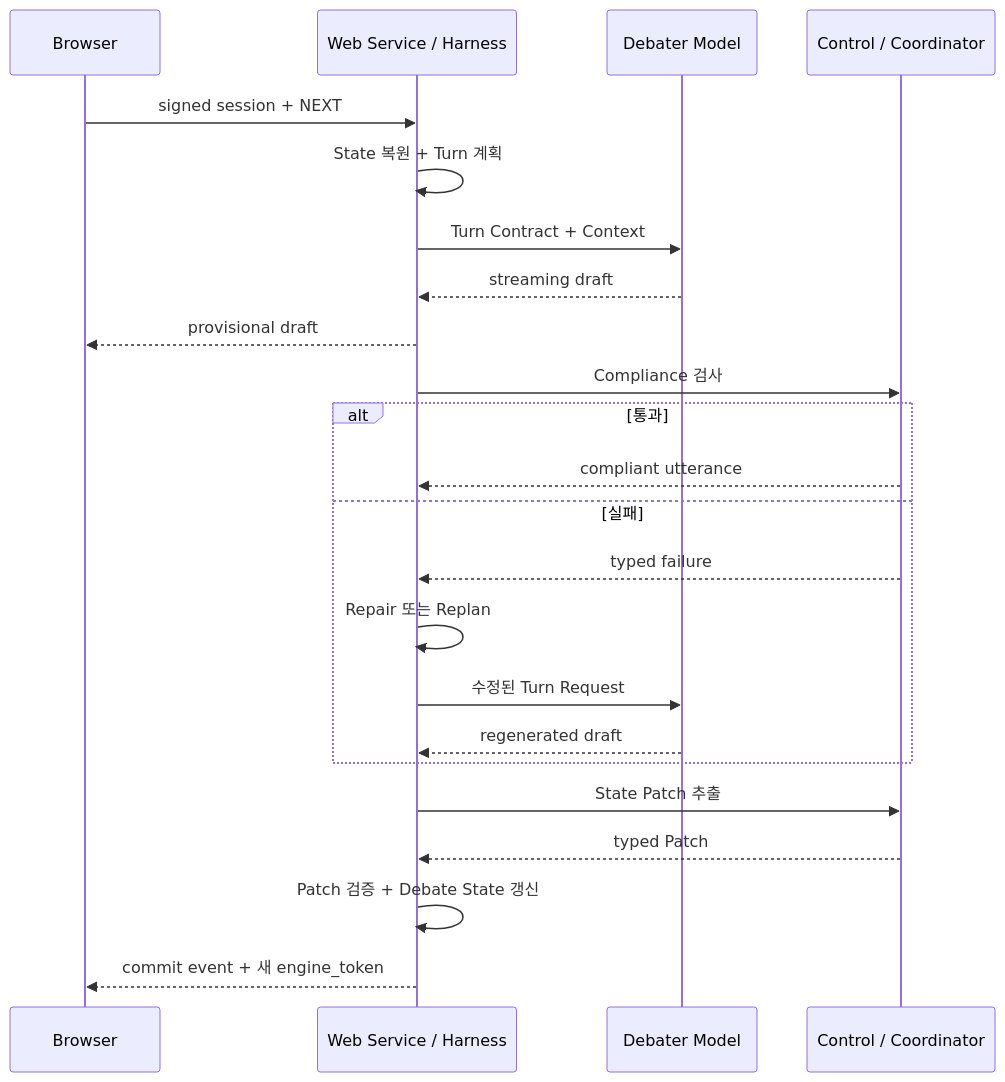
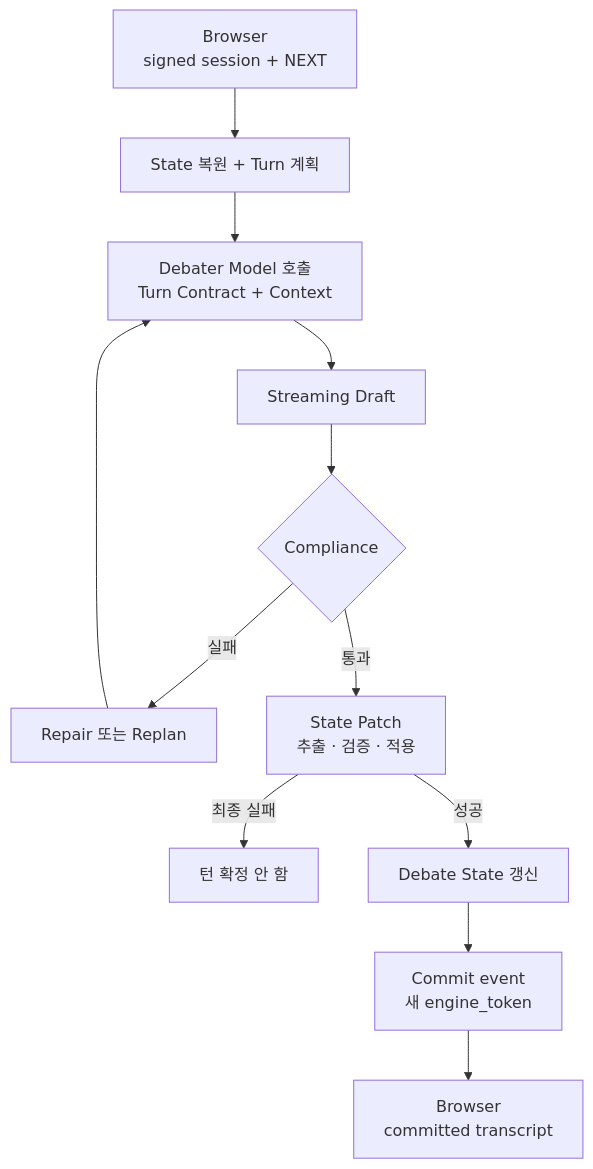
Before and after one commit to hodob/A1-3: the seventh of 11 diagrams in README.md, drawn with Mermaid. The commit also changed other lines of this file, not shown here.

Commit message:
docs: simplify debate state and runtime diagrams

````diff
--- a/README.md
+++ b/README.md
@@ -364,28 +363,16 @@
 ```mermaid
-sequenceDiagram
-    participant B as Browser
-    participant H as Web Service / Harness
-    participant D as Debater Model
-    participant C as Control / Coordinator
+flowchart TD
+    A[Browser<br/>signed session + NEXT] --> B[State 복원 + Turn 계획]
+    B --> C[Debater Model 호출<br/>Turn Contract + Context]
+    C --> D[Streaming Draft]
+    D --> E{Compliance}
 
-    B->>H: signed session + NEXT
-    H->>H: State 복원 + Turn 계획
-    H->>D: Turn Contract + Context
-    D-->>H: streaming draft
-    H-->>B: provisional draft
+    E -->|실패| F[Repair 또는 Replan]
+    F --> C
 
-    H->>C: Compliance 검사
-    alt 통과
-        C-->>H: compliant utterance
-    else 실패
-        C-->>H: typed failure
-        H->>H: Repair 또는 Replan
-        H->>D: 수정된 Turn Request
-        D-->>H: regenerated draft
-    end
-
-    H->>C: State Patch 추출
-    C-->>H: typed Patch
-    H->>H: Patch 검증 + Debate State 갱신
-    H-->>B: commit event + 새 engine_token
+    E -->|통과| G[State Patch<br/>추출 · 검증 · 적용]
+    G -->|최종 실패| X[턴 확정 안 함]
+    G -->|성공| H[Debate State 갱신]
+    H --> I[Commit event<br/>새 engine_token]
+    I --> J[Browser<br/>committed transcript]
 ```
````
